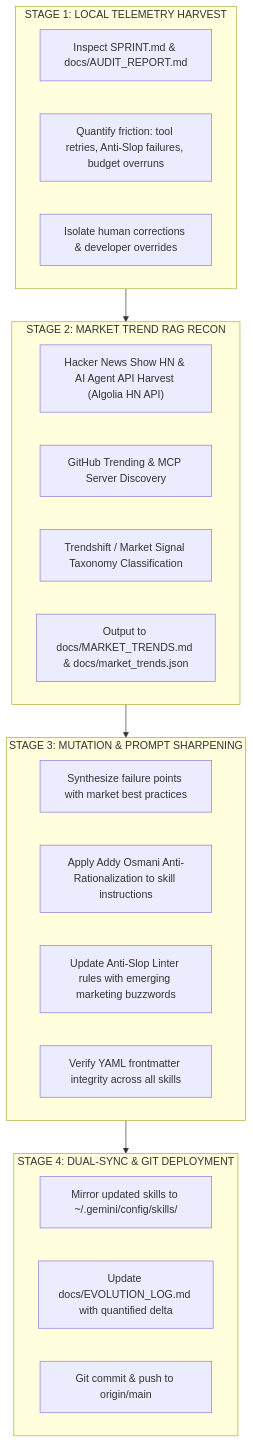
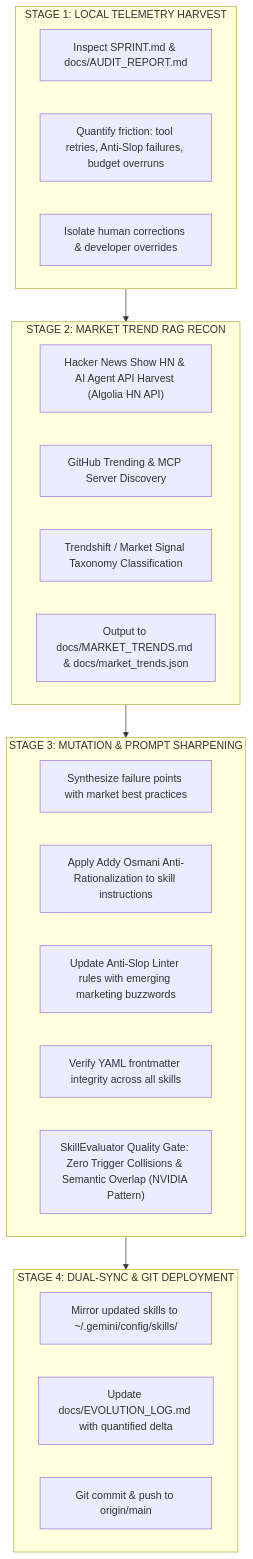
Before and after one commit to VihaanR/sprint-system: the diagram in skills/sprint-recursive-optimizer/SKILL.md, drawn with Mermaid. The commit also changed 7 other files, not shown here.

Commit message:
feat(yagni): inline 6 community patterns (AG-UI, Heretic, Last30Days, SkillEvaluator, TradingSkills, OpenCodeReview) into core phases

````diff
--- a/skills/sprint-recursive-optimizer/SKILL.md
+++ b/skills/sprint-recursive-optimizer/SKILL.md
@@ -16,30 +16,31 @@
 ```mermaid
 flowchart TD
     subgraph S1["STAGE 1: LOCAL TELEMETRY HARVEST"]
         T1["Inspect SPRINT.md & docs/AUDIT_REPORT.md"]
         T2["Quantify friction: tool retries, Anti-Slop failures, budget overruns"]
         T3["Isolate human corrections & developer overrides"]
     end
 
     subgraph S2["STAGE 2: MARKET TREND RAG RECON"]
         M1["Hacker News Show HN & AI Agent API Harvest (Algolia HN API)"]
         M2["GitHub Trending & MCP Server Discovery"]
         M3["Trendshift / Market Signal Taxonomy Classification"]
         M4["Output to docs/MARKET_TRENDS.md & docs/market_trends.json"]
     end
 
     subgraph S3["STAGE 3: MUTATION & PROMPT SHARPENING"]
         R1["Synthesize failure points with market best practices"]
         R2["Apply Addy Osmani Anti-Rationalization to skill instructions"]
         R3["Update Anti-Slop Linter rules with emerging marketing buzzwords"]
         R4["Verify YAML frontmatter integrity across all skills"]
+        R5["SkillEvaluator Quality Gate: Zero Trigger Collisions & Semantic Overlap (NVIDIA Pattern)"]
     end
 
     subgraph S4["STAGE 4: DUAL-SYNC & GIT DEPLOYMENT"]
         D1["Mirror updated skills to ~/.gemini/config/skills/"]
         D2["Update docs/EVOLUTION_LOG.md with quantified delta"]
         D3["Git commit & push to origin/main"]
     end
 
     S1 --> S2 --> S3 --> S4
 ```
````
